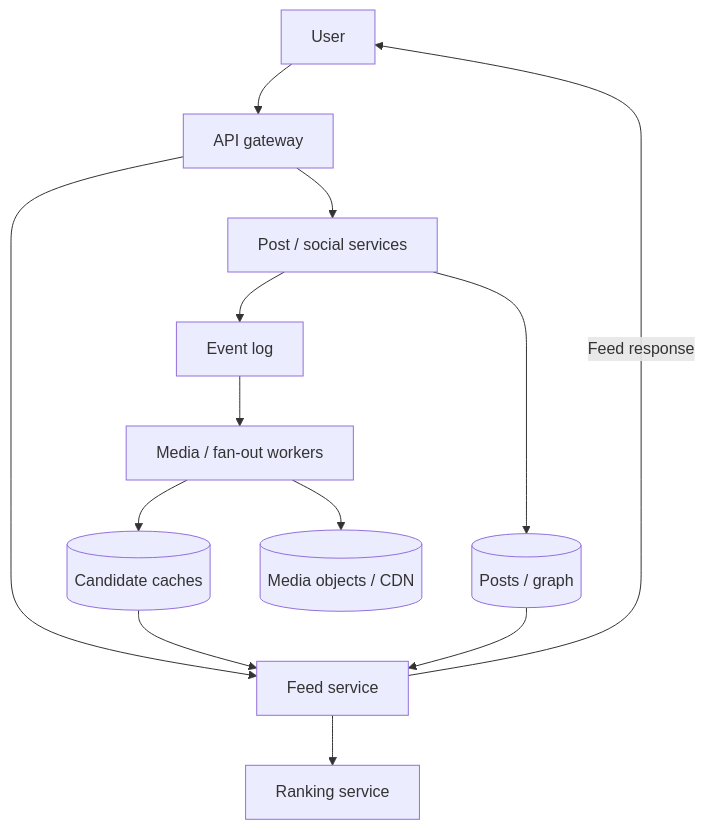
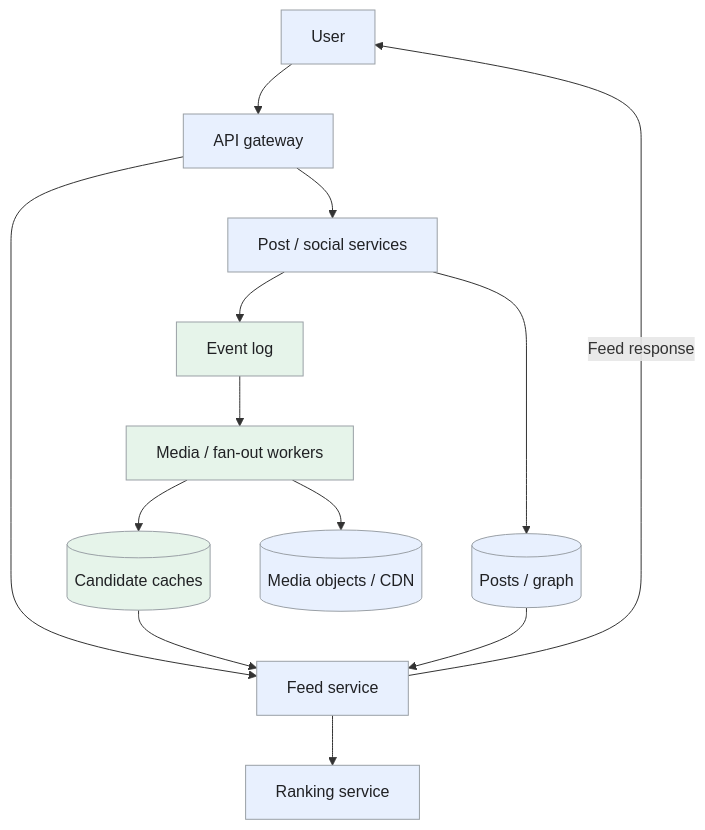
The first of 4 diagrams in _designs/system-design-news-feed.md (iliazlobin/iliazlobin.github.io), drawn with Mermaid before and after one commit. The commit also changed other lines of this file and 20 other files, not shown here.

Commit message:
Improve design flows, tradeoffs, and technology references

````diff
--- a/_designs/system-design-news-feed.md
+++ b/_designs/system-design-news-feed.md
@@ -171,15 +171,20 @@
 ```mermaid
 flowchart TB
   U[User] --> API[API gateway]
   API --> P[Post / social services]
   API --> F[Feed service]
   P --> DB[(Posts / graph)]
   P --> Q[Event log]
   Q --> W[Media / fan-out workers]
   W --> C[(Candidate caches)]
   W --> O[(Media objects / CDN)]
   C --> F
   DB --> F
   F --> R[Ranking service]
   F -->|Feed response| U
+  classDef request fill:#e8f0fe,stroke:#9aa0a6,color:#202124,stroke-width:1px
+  classDef background fill:#e6f4ea,stroke:#9aa0a6,color:#202124,stroke-width:1px
+  classDef control fill:#fef7e0,stroke:#9aa0a6,color:#202124,stroke-width:1px
+  class U,API,P,F,DB,O,R request
+  class Q,W,C background
 ```
````
